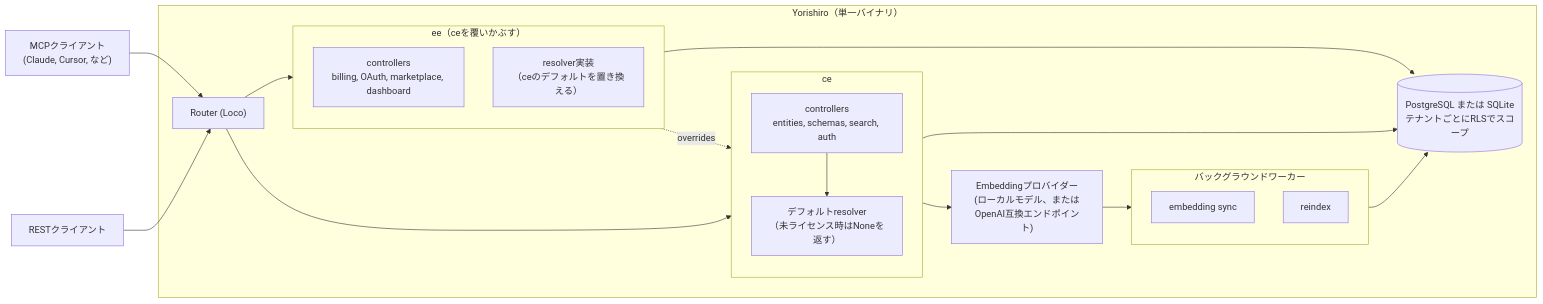
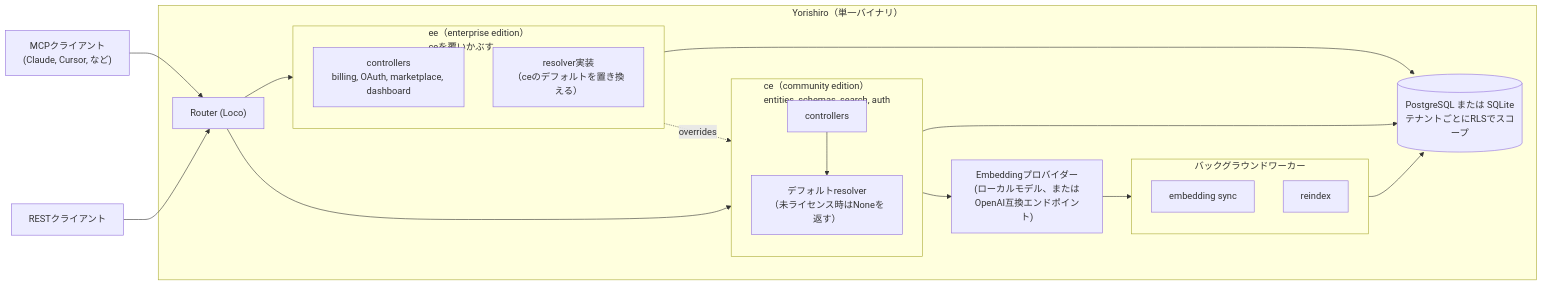
The diagram in README.jp.md (yorishiro-ai/yorishiro), drawn with Mermaid before and after one commit. The commit also changed 1 other file, not shown here.

Commit message:
docs: clarify ce/ee in architecture diagram
ce and ee are not self-explanatory to all readers. Add full names:
ce (community edition), ee (enterprise edition) in subgraph titles.

````diff
--- a/README.jp.md
+++ b/README.jp.md
@@ -30,43 +30,43 @@
 ```mermaid
 flowchart LR
     MCP["MCPクライアント<br/>(Claude, Cursor, など)"]
     REST["RESTクライアント"]
 
     subgraph Server["Yorishiro（単一バイナリ）"]
         Router["Router (Loco)"]
 
-        subgraph CE["ce"]
+        subgraph CE["ce（community edition）<br/>entities, schemas, search, auth"]
             direction TB
-            CEControllers["controllers<br/>entities, schemas, search, auth"]
+            CEControllers["controllers"]
             CEResolvers["デフォルトresolver<br/>（未ライセンス時はNoneを返す）"]
         end
 
-        subgraph EE["ee（ceを覆いかぶす）"]
+        subgraph EE["ee（enterprise edition）<br/>ceを覆いかぶす"]
             direction TB
             EEControllers["controllers<br/>billing, OAuth, marketplace, dashboard"]
             EEResolvers["resolver実装<br/>（ceのデフォルトを置き換える）"]
         end
 
         Embed["Embeddingプロバイダー<br/>(ローカルモデル、または<br/>OpenAI互換エンドポイント)"]
 
         subgraph Workers["バックグラウンドワーカー"]
             direction TB
             WEmbed["embedding sync"]
             WReindex["reindex"]
         end
 
         DB[("PostgreSQL または SQLite<br/>テナントごとにRLSでスコープ")]
     end
 
     MCP --> Router
     REST --> Router
     Router --> CEControllers
     Router --> EEControllers
     EEResolvers -.overrides.-> CEResolvers
     CEControllers --> CEResolvers
     CEResolvers --> DB
     EEControllers --> DB
     CEControllers --> Embed
     Embed --> Workers
     Workers --> DB
 ```
````
